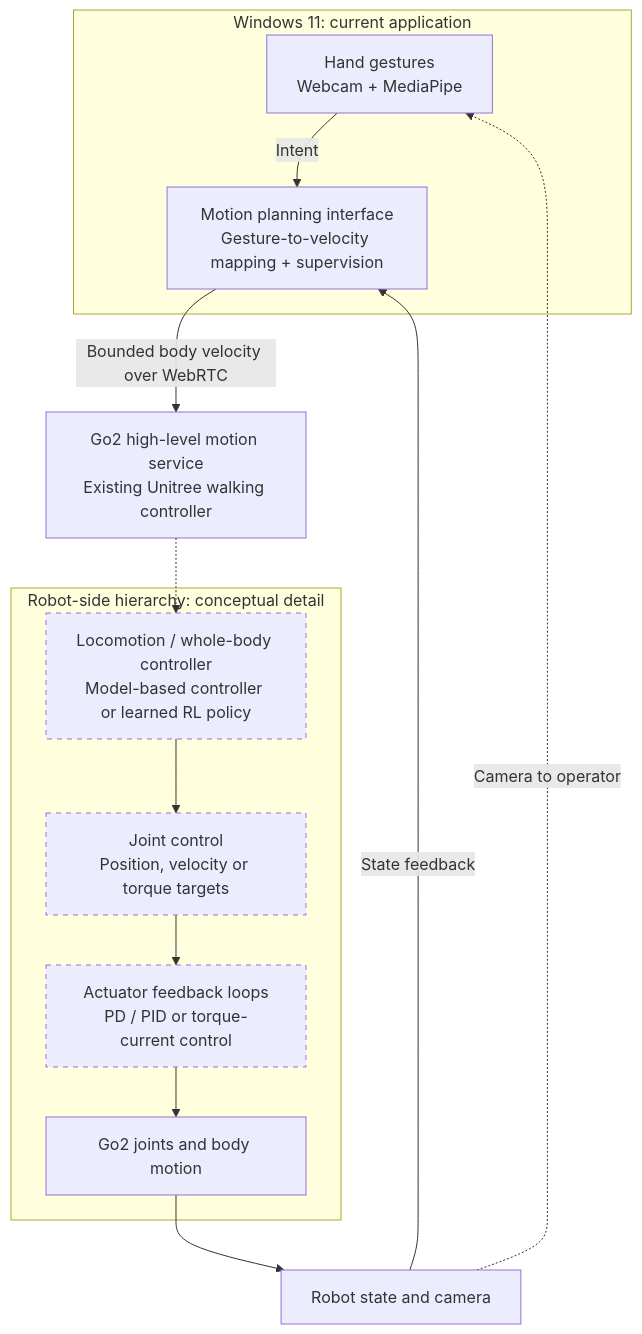
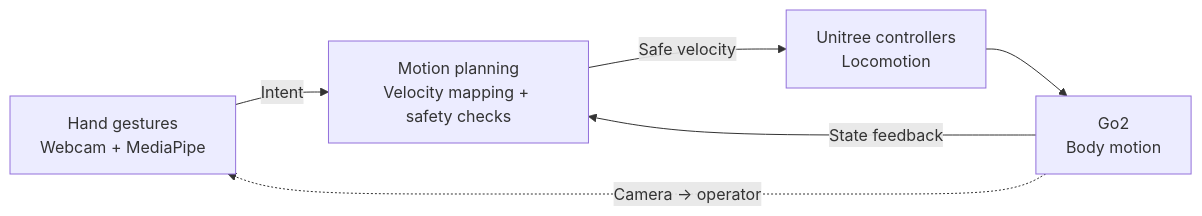
One commit to sriram-2502/go2-gesture-nav changed the diagram in README.md. Above: the diagram before and after it, drawn with Mermaid. The commit also changed other lines of this file, not shown here.

Commit message:
Restore the simple README system diagram

````diff
--- a/README.md
+++ b/README.md
@@ -60,24 +60,13 @@
 ```mermaid
-flowchart TB
-    subgraph host["Windows 11: current application"]
-        input["Hand gestures<br/>Webcam + MediaPipe"]
-        motion["Motion planning interface<br/>Gesture-to-velocity mapping + supervision"]
-        input -->|"Intent"| motion
-    end
-    service["Go2 high-level motion service<br/>Existing Unitree walking controller"]
-    subgraph hierarchy["Robot-side hierarchy: conceptual detail"]
-        locomotion["Locomotion / whole-body controller<br/>Model-based controller or learned RL policy"]
-        joint["Joint control<br/>Position, velocity or torque targets"]
-        actuator["Actuator feedback loops<br/>PD / PID or torque-current control"]
-        robot["Go2 joints and body motion"]
-        locomotion --> joint --> actuator --> robot
-    end
-    feedback["Robot state and camera"]
-    motion -->|"Bounded body velocity over WebRTC"| service
-    service -.-> locomotion
-    robot --> feedback
-    feedback -->|"State feedback"| motion
-    feedback -.->|"Camera to operator"| input
-    classDef conceptual stroke-dasharray: 5 5;
-    class locomotion,joint,actuator conceptual;
+flowchart LR
+    input["Hand gestures<br/>Webcam + MediaPipe"]
+    motion["Motion planning<br/>Velocity mapping + safety checks"]
+    control["Unitree controllers<br/>Locomotion"]
+    robot["Go2<br/>Body motion"]
+
+    input -->|"Intent"| motion
+    motion -->|"Safe velocity"| control
+    control --> robot
+    robot -->|"State feedback"| motion
+    robot -. "Camera → operator" .-> input
 ```
````
